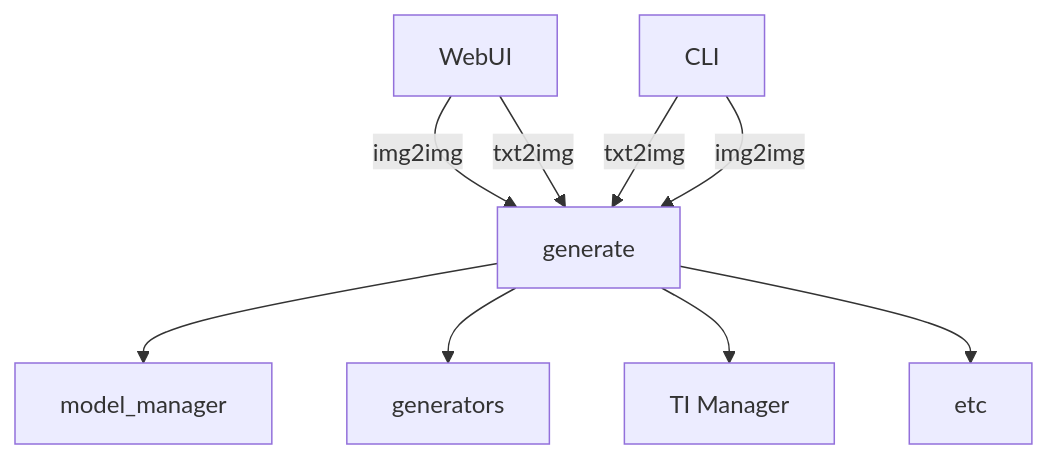
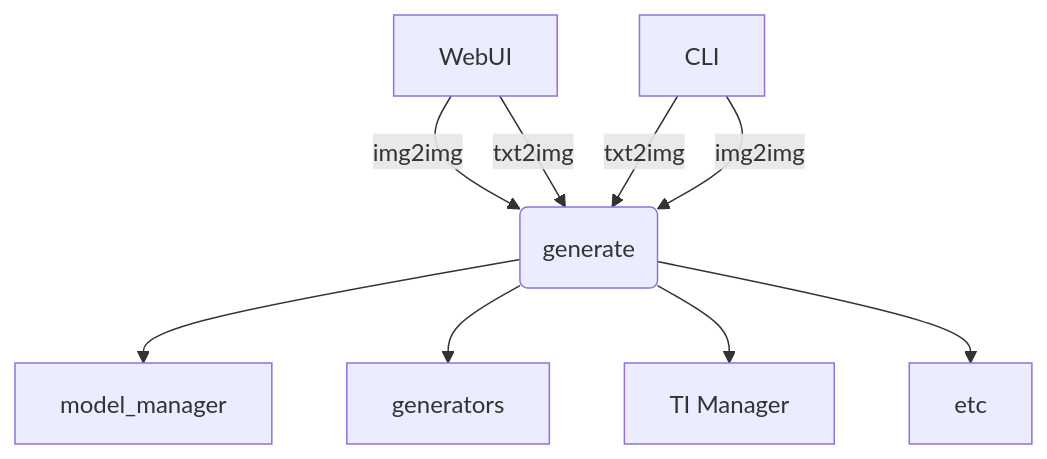
Before and after one commit to invoke-ai/InvokeAI: the first of 4 diagrams in docs/help/contributing/090_NODE_TRANSFORMATION.md, drawn with Mermaid. The commit also changed other lines of this file, not shown here.

Commit message:
minor improvement to mermaid diagrams

````diff
--- a/docs/help/contributing/090_NODE_TRANSFORMATION.md
+++ b/docs/help/contributing/090_NODE_TRANSFORMATION.md
@@ -5,13 +5,13 @@
 ```mermaid
 flowchart TD
     web[WebUI];
     cli[CLI];
-    web -- img2img --> generate;
-    web -- txt2img --> generate;
-    cli -- txt2img --> generate;
-    cli -- img2img --> generate;
+    web --> |img2img| generate(generate);
+    web --> |txt2img| generate(generate);
+    cli --> |txt2img| generate(generate);
+    cli --> |img2img| generate(generate);
     generate --> model_manager;
     generate --> generators;
     generate --> ti_manager[TI Manager];
     generate --> etc;
 ```
````
